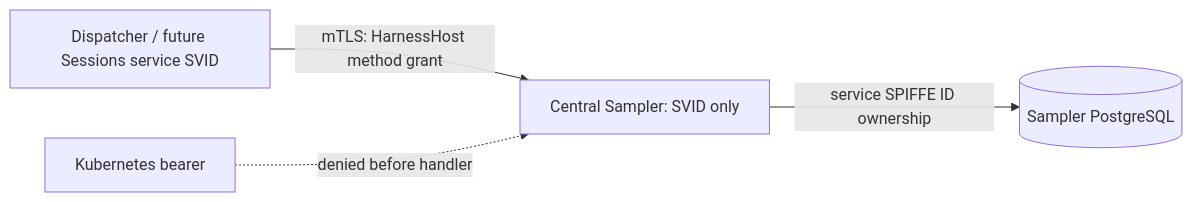
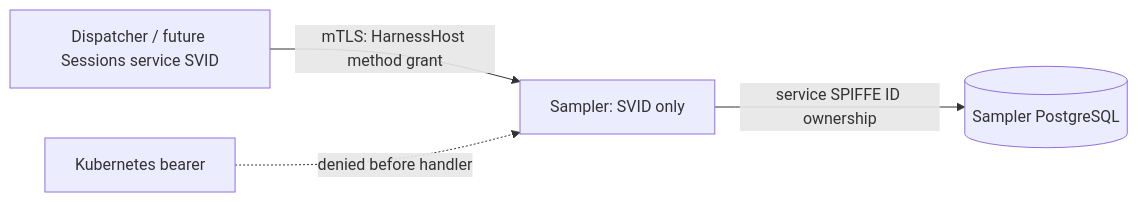
One commit to agentydragon/ducktape changed the fifth of 18 diagrams in agentplane/docs/system_overview.md. Above: the diagram before and after it, drawn with Mermaid. The commit also changed other lines of this file and 493 other files, not shown here.

Commit message:
Graduate central sampler code to Sampler

````diff
--- a/agentplane/docs/system_overview.md
+++ b/agentplane/docs/system_overview.md
@@ -489,6 +489,6 @@
 ```mermaid
 flowchart LR
-    sessions[Dispatcher / future Sessions service SVID] -->|mTLS: HarnessHost method grant| sampler[Central Sampler: SVID only]
+    sessions[Dispatcher / future Sessions service SVID] -->|mTLS: HarnessHost method grant| sampler[Sampler: SVID only]
     bearer[Kubernetes bearer] -.->|denied before handler| sampler
     sampler -->|service SPIFFE ID ownership| db[(Sampler PostgreSQL)]
 ```
````
